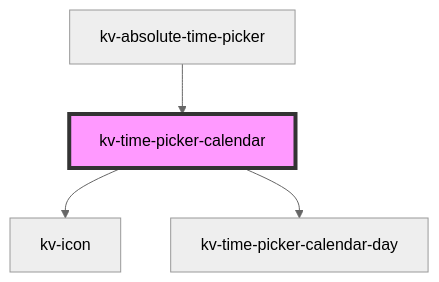
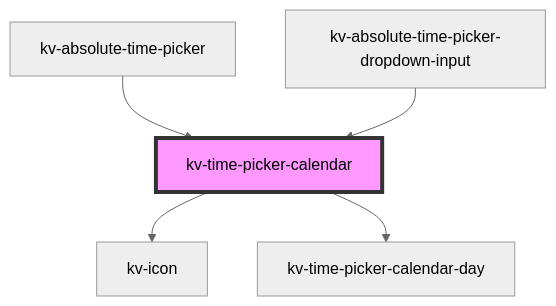
Before and after one commit to kelvininc/ui-components: the diagram in packages/ui-components/src/components/time-picker-calendar/readme.md, drawn with Mermaid (neutral theme). The commit also changed other lines of this file and 29 other files, not shown here.

Commit message:
feat: add new input absolute time picker

````diff
--- a/packages/ui-components/src/components/time-picker-calendar/readme.md
+++ b/packages/ui-components/src/components/time-picker-calendar/readme.md
@@ -90,7 +92,8 @@
 ```mermaid
 graph TD;
   kv-time-picker-calendar --> kv-icon
   kv-time-picker-calendar --> kv-time-picker-calendar-day
   kv-absolute-time-picker --> kv-time-picker-calendar
+  kv-absolute-time-picker-dropdown-input --> kv-time-picker-calendar
   style kv-time-picker-calendar fill:#f9f,stroke:#333,stroke-width:4px
 ```
````
